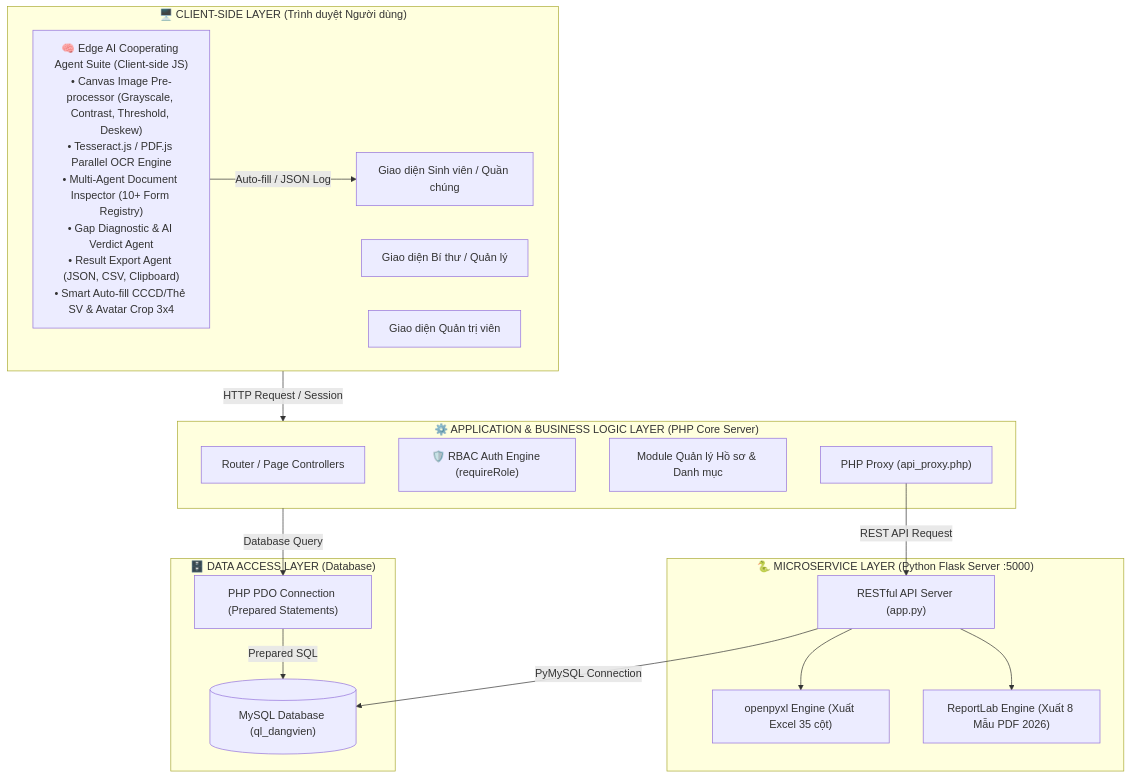
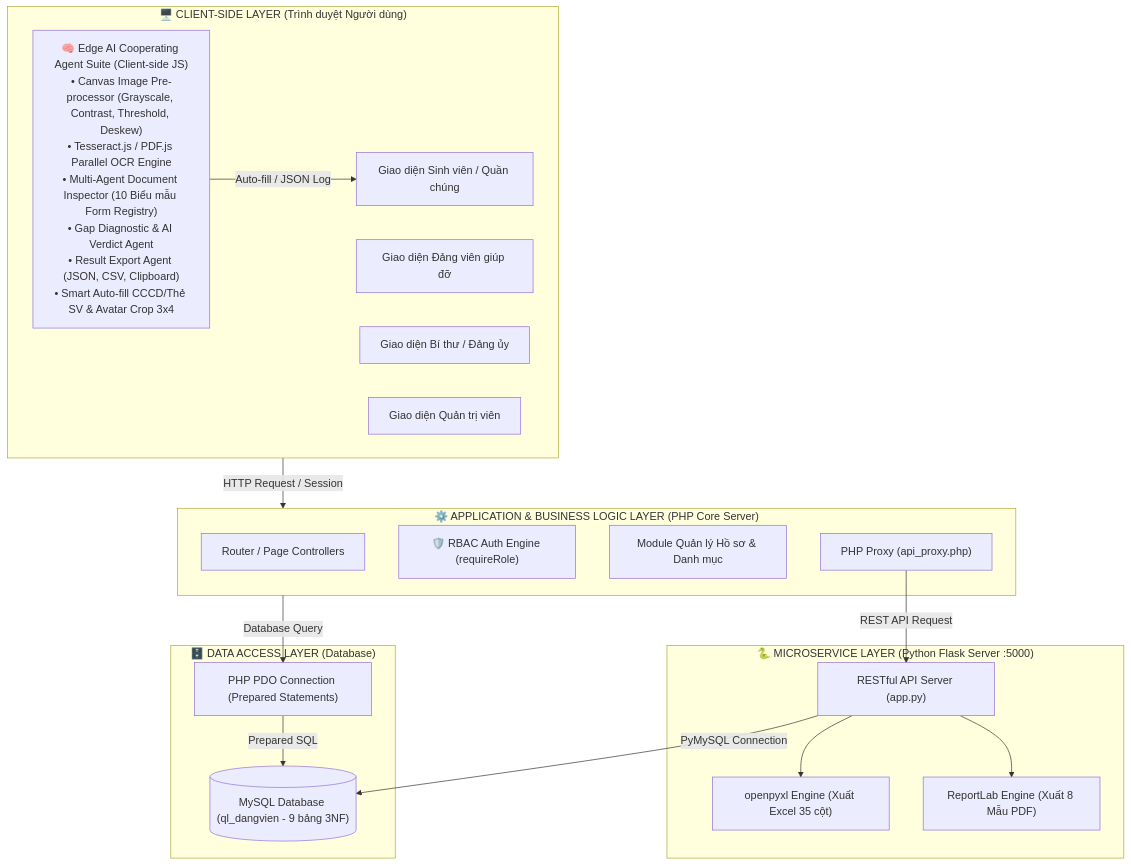
The first of 10 diagrams in chitiet.md (Datdajt03/QLQTUT-Dang), drawn with Mermaid before and after one commit. The commit also changed other lines of this file and 67 other files, not shown here.

````diff
--- a/chitiet.md
+++ b/chitiet.md
@@ -54,36 +65,37 @@
 ```mermaid
 graph TD
     subgraph Client["🖥️ CLIENT-SIDE LAYER (Trình duyệt Người dùng)"]
         UI_User["Giao diện Sinh viên / Quần chúng"]
-        UI_Mgr["Giao diện Bí thư / Quản lý"]
+        UI_Helper["Giao diện Đảng viên giúp đỡ"]
+        UI_Mgr["Giao diện Bí thư / Đảng ủy"]
         UI_Admin["Giao diện Quản trị viên"]
-        EdgeAI["🧠 Edge AI Cooperating Agent Suite (Client-side JS)<br>• Canvas Image Pre-processor (Grayscale, Contrast, Threshold, Deskew)<br>• Tesseract.js / PDF.js Parallel OCR Engine<br>• Multi-Agent Document Inspector (10+ Form Registry)<br>• Gap Diagnostic & AI Verdict Agent<br>• Result Export Agent (JSON, CSV, Clipboard)<br>• Smart Auto-fill CCCD/Thẻ SV & Avatar Crop 3x4"]
+        EdgeAI["🧠 Edge AI Cooperating Agent Suite (Client-side JS)<br>• Canvas Image Pre-processor (Grayscale, Contrast, Threshold, Deskew)<br>• Tesseract.js / PDF.js Parallel OCR Engine<br>• Multi-Agent Document Inspector (10 Biểu mẫu Form Registry)<br>• Gap Diagnostic & AI Verdict Agent<br>• Result Export Agent (JSON, CSV, Clipboard)<br>• Smart Auto-fill CCCD/Thẻ SV & Avatar Crop 3x4"]
     end
 
     subgraph WebServer["⚙️ APPLICATION & BUSINESS LOGIC LAYER (PHP Core Server)"]
         Router["Router / Page Controllers"]
         RBAC["🛡️ RBAC Auth Engine (requireRole)"]
         CRUD["Module Quản lý Hồ sơ & Danh mục"]
         Proxy["PHP Proxy (api_proxy.php)"]
     end
 
     subgraph Microservice["🐍 MICROSERVICE LAYER (Python Flask Server :5000)"]
         FlaskAPI["RESTful API Server (app.py)"]
         ExcelEngine["openpyxl Engine (Xuất Excel 35 cột)"]
-        PDFEngine["ReportLab Engine (Xuất 8 Mẫu PDF 2026)"]
+        PDFEngine["ReportLab Engine (Xuất 8 Mẫu PDF)"]
     end
 
     subgraph DataLayer["🗄️ DATA ACCESS LAYER (Database)"]
         PDO["PHP PDO Connection (Prepared Statements)"]
-        MySQL[("MySQL Database (ql_dangvien)")]
+        MySQL[("MySQL Database (ql_dangvien - 9 bảng 3NF)")]
     end
 
     Client -->|HTTP Request / Session| WebServer
     EdgeAI -->|Auto-fill / JSON Log| UI_User
     WebServer -->|Database Query| PDO
     PDO -->|Prepared SQL| MySQL
     Proxy -->|REST API Request| FlaskAPI
     FlaskAPI --> ExcelEngine
     FlaskAPI --> PDFEngine
     FlaskAPI -->|PyMySQL Connection| MySQL
 ```
````
